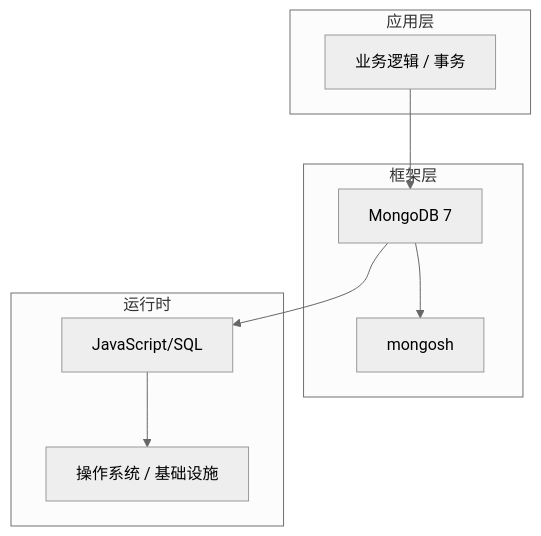
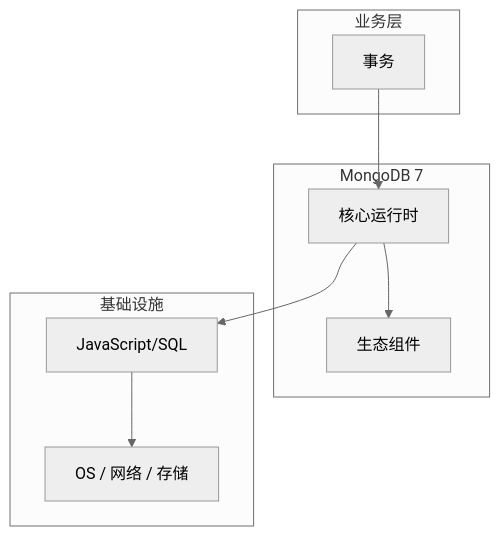
The diagram in articles/MongoDB/chapters/050-事务核心概念与原理.md (yanggan2015/knowledge-json-v2), drawn with Mermaid (neutral theme) before and after one commit. The commit also changed other lines of this file and 10127 other files, not shown here.

````diff
--- a/articles/MongoDB/chapters/050-事务核心概念与原理.md
+++ b/articles/MongoDB/chapters/050-事务核心概念与原理.md
@@ -45,18 +34,18 @@
 ```mermaid
 graph TB
-    subgraph 应用层
-        A[业务逻辑 / 事务]
+    subgraph 业务层
+        A[事务]
     end
-    subgraph 框架层
-        B[MongoDB 7]
-        C[mongosh]
+    subgraph MongoDB 7
+        B[核心运行时]
+        C[生态组件]
     end
-    subgraph 运行时
+    subgraph 基础设施
         D[JavaScript/SQL]
-        E[操作系统 / 基础设施]
+        E[OS / 网络 / 存储]
     end
     A --> B
     B --> C
     B --> D
     D --> E
 ```
````
